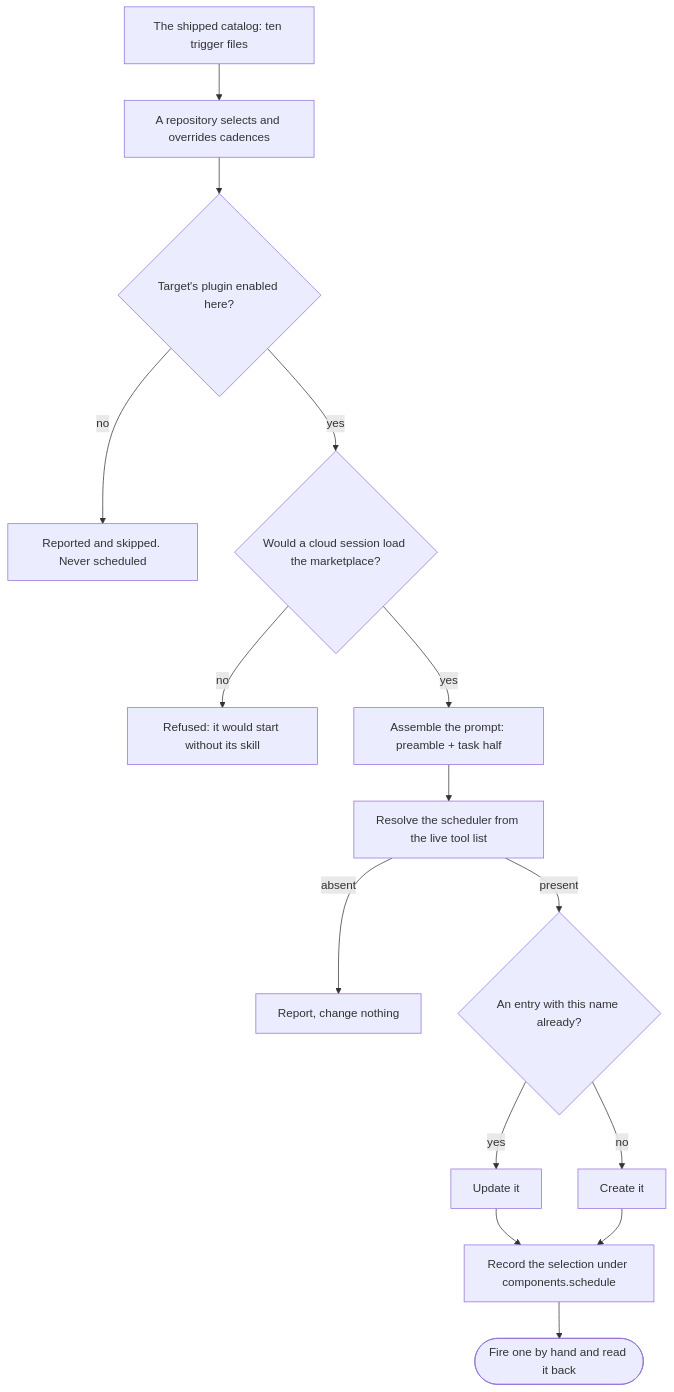
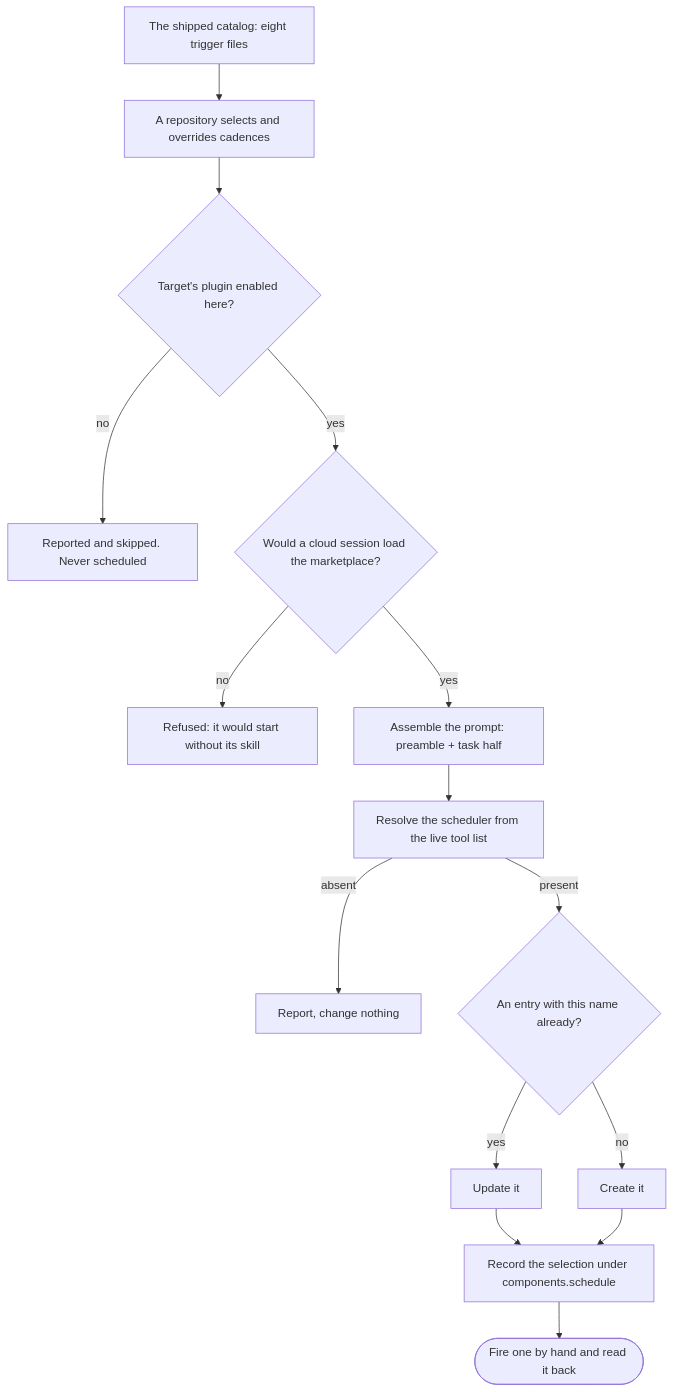
The first of 2 diagrams in .devbook/domain/delivery-schedule/flow.md (JSdotNet/devbook), drawn with Mermaid before and after one commit. The commit also changed 16 other files, not shown here.

````diff
--- a/.devbook/domain/delivery-schedule/flow.md
+++ b/.devbook/domain/delivery-schedule/flow.md
@@ -15,17 +15,17 @@
 ```mermaid
 flowchart TD
-    catalog["The shipped catalog: ten trigger files"] --> select["A repository selects and overrides cadences"]
+    catalog["The shipped catalog: eight trigger files"] --> select["A repository selects and overrides cadences"]
     select --> enabled{"Target's plugin enabled here?"}
     enabled -->|no| skipped["Reported and skipped. Never scheduled"]
     enabled -->|yes| settings{"Would a cloud session load the marketplace?"}
     settings -->|no| refused["Refused: it would start without its skill"]
     settings -->|yes| assemble["Assemble the prompt: preamble + task half"]
     assemble --> resolve["Resolve the scheduler from the live tool list"]
     resolve -->|absent| noop["Report, change nothing"]
     resolve -->|present| match{"An entry with this name already?"}
     match -->|yes| update["Update it"]
     match -->|no| create["Create it"]
     update --> stamp["Record the selection under components.schedule"]
     create --> stamp
     stamp --> prove(["Fire one by hand and read it back"])
 ```
````
